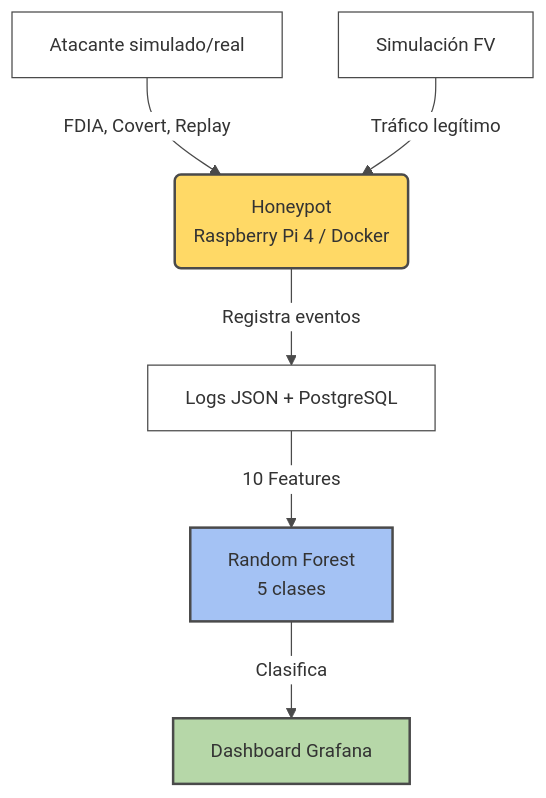
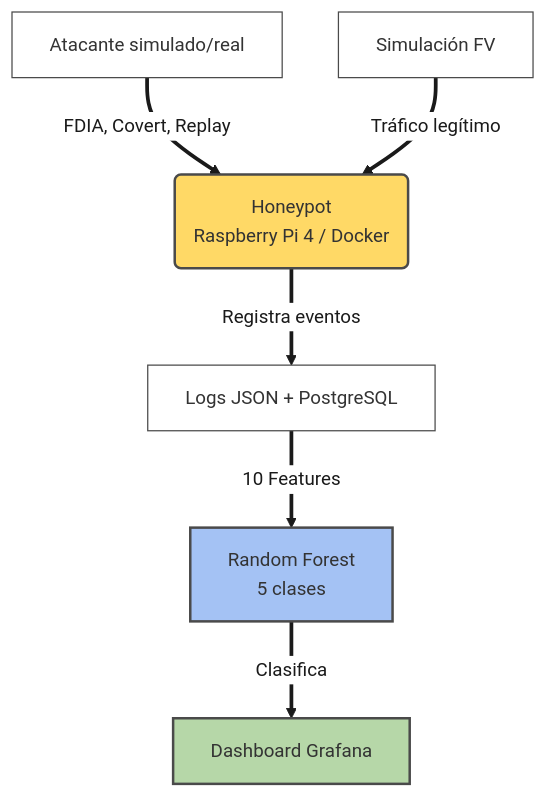
The diagram in docs/Semana1/problema_definido.md (NicolasReyes001/tesis-honeypot-fv-ml), drawn with Mermaid before and after one commit.

Commit message:
correcciones Dia 1 semana 1

````diff
--- a/docs/Semana1/problema_definido.md
+++ b/docs/Semana1/problema_definido.md
@@ -82,31 +82,35 @@
 ```mermaid
 %%{init: {
   'theme': 'base',
   'themeVariables': {
     'fontSize': '15px',
     'primaryColor': '#ffffff',
     'edgeLabelBackground': '#ffffff',
     'lineColor': '#4a4a4a',
     'mainBkg': '#ffffff',
     'nodeBorder': '#4a4a4a',
     'actorBorder': '#4a4a4a',
-    'textColor': '#1a1a1a'
+    'textColor': '#1a1a1a',
+    'arrowheadColor': '#4a4a4a'
   },
   'flowchart': {
     'useMaxWidth': true,
     'nodeSpacing': 45,
     'rankSpacing': 55,
     'curve': 'basis'
   }
 }}%%
 graph TD
     A[Atacante simulado/real] -->|FDIA, Covert, Replay| B(Honeypot<br>Raspberry Pi 4 / Docker)
     F[Simulación FV] -->|Tráfico legítimo| B
     B -->|Registra eventos| C[Logs JSON + PostgreSQL]
     C -->|10 Features| D[Random Forest<br>5 clases]
     D -->|Clasifica| E[Dashboard Grafana]
     
     style B fill:#ffd966,stroke:#4a4a4a,stroke-width:2px
     style D fill:#a4c2f4,stroke:#4a4a4a,stroke-width:2px
     style E fill:#b6d7a8,stroke:#4a4a4a,stroke-width:2px
+
+    %% Estilo para flechas: negro con contorno blanco fino + punta visible
+    linkStyle default stroke:#1a1a1a,stroke-width:3px,color:#1a1a1a
 ```
````
